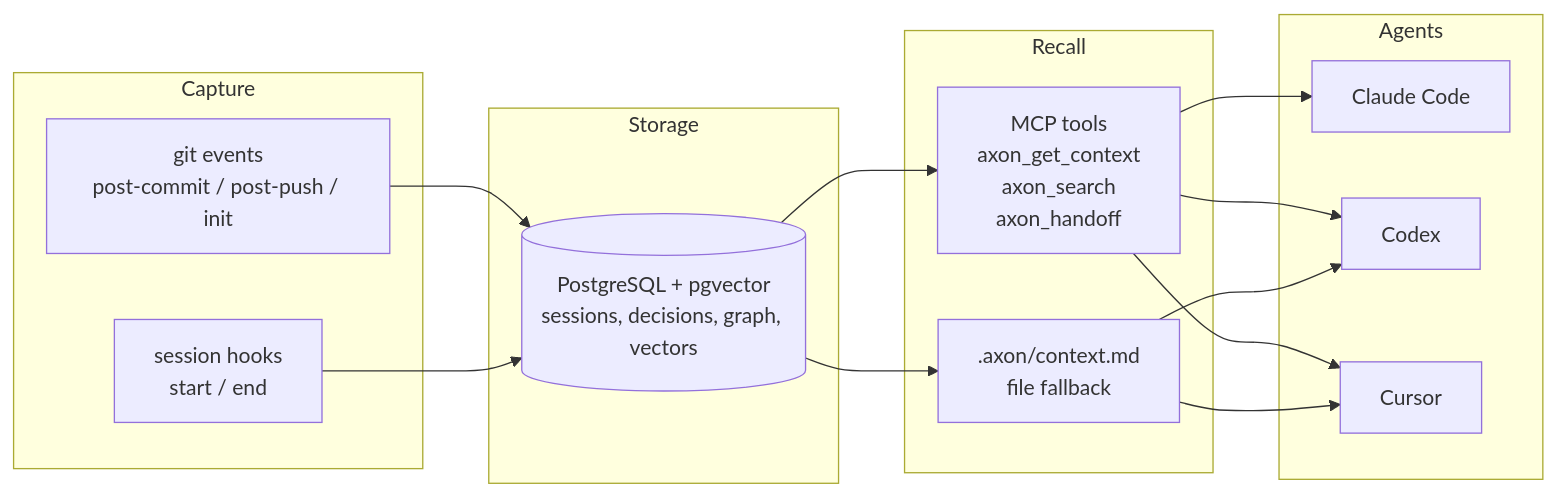
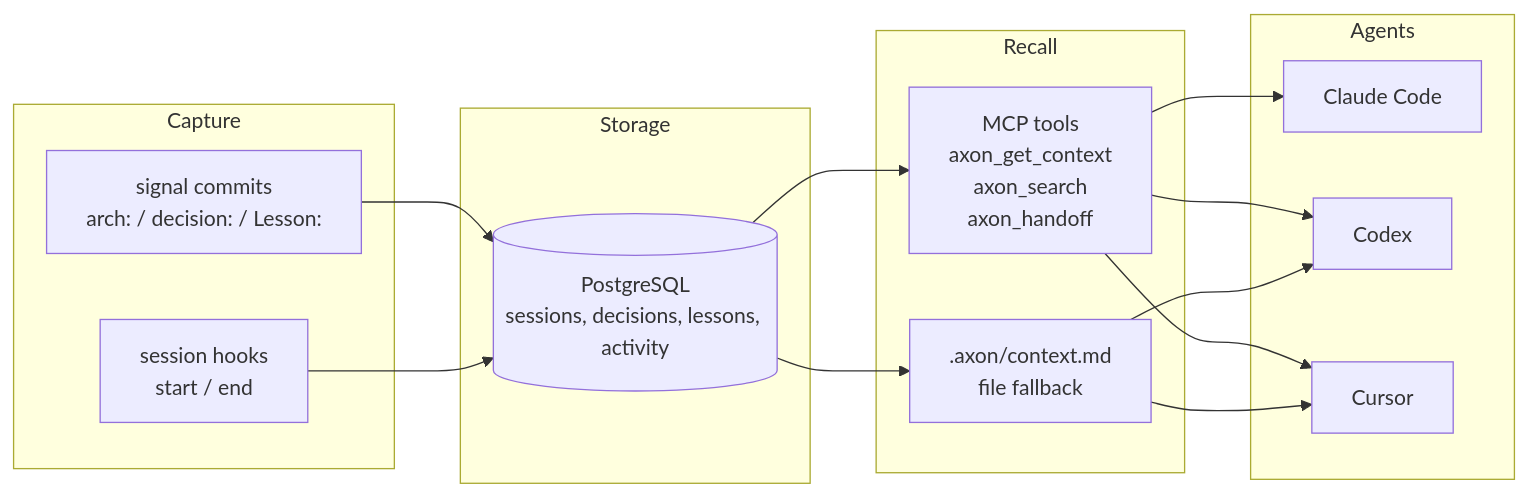
One commit to sammyjdev/axon changed the diagram in README.md. Above: the diagram before and after it, drawn with Mermaid. The commit also changed other lines of this file and 9 other files, not shown here.

````diff
--- a/README.md
+++ b/README.md
@@ -121,32 +80,32 @@
 ```mermaid
 flowchart LR
     subgraph Capture
-        GE[git events\npost-commit / post-push / init]
+        GE[signal commits\narch: / decision: / Lesson:]
         SH[session hooks\nstart / end]
     end
 
     subgraph Storage
-        PG[(PostgreSQL + pgvector\nsessions, decisions, graph, vectors)]
+        PG[(PostgreSQL\nsessions, decisions, lessons, activity)]
     end
 
     subgraph Recall
         MCP[MCP tools\naxon_get_context\naxon_search\naxon_handoff]
         CF[.axon/context.md\nfile fallback]
     end
 
     subgraph Agents
         CC[Claude Code]
         CX[Codex]
         CU[Cursor]
     end
 
     GE --> PG
     SH --> PG
     PG --> MCP
     PG --> CF
     MCP --> CC
     MCP --> CX
     MCP --> CU
     CF  --> CX
     CF  --> CU
 ```
````
